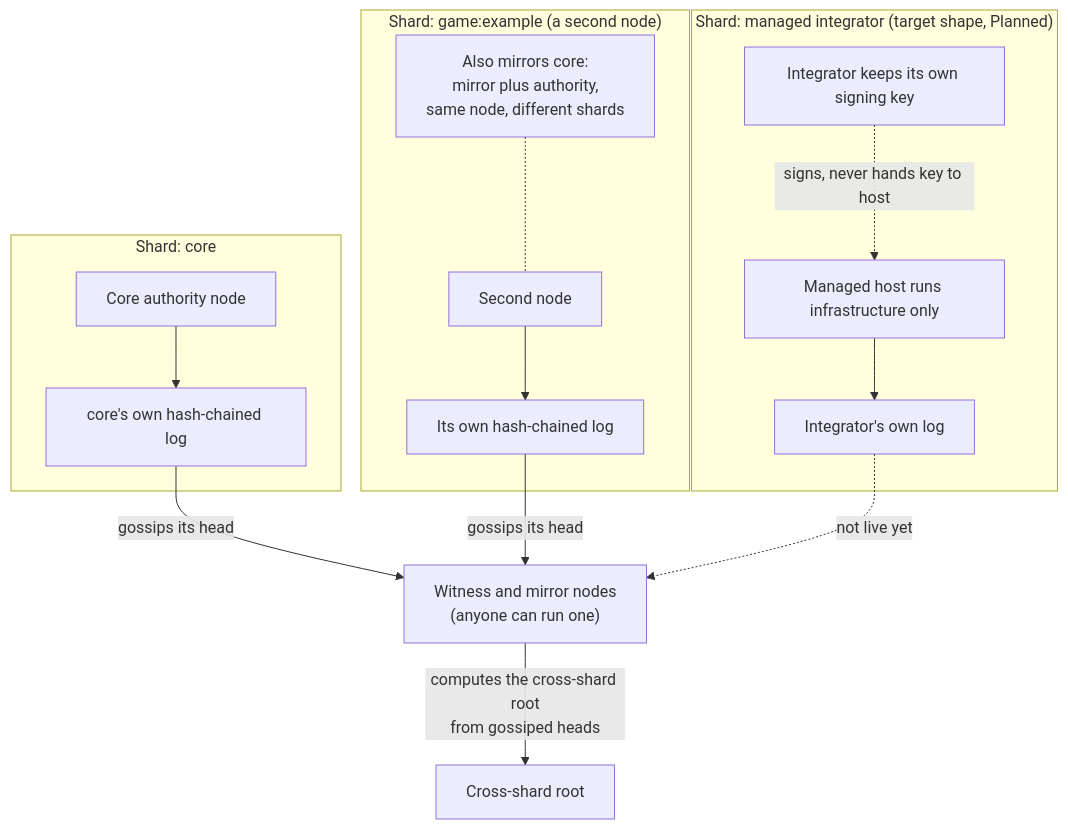
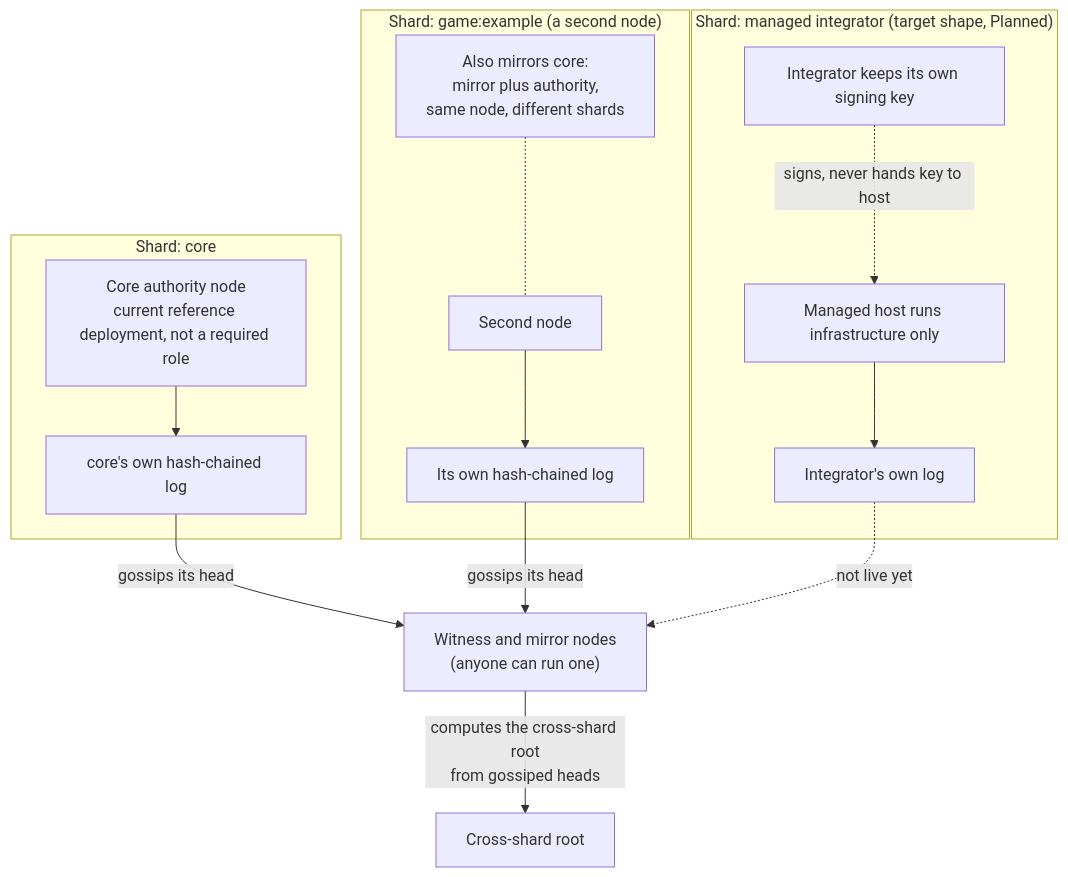
Before and after one commit to avalon-initiative/avalon-docs: the first of 2 diagrams in architecture/distributed-topology.md, drawn with Mermaid. The commit also changed other lines of this file and 2 other files, not shown here.

Commit message:
[#37] - Mark the no-home goal as not yet met in the witness, sharding and topology pages (#62)

````diff
--- a/architecture/distributed-topology.md
+++ b/architecture/distributed-topology.md
@@ -12,31 +12,31 @@
 ```mermaid
 graph TD
     subgraph "Shard: core"
-        A1[Core authority node]
+        A1[Core authority node<br/>current reference deployment, not a required role]
         A2[core's own hash-chained log]
         A1 --> A2
     end
 
     subgraph "Shard: game:example (a second node)"
         B1[Second node]
         B2[Its own hash-chained log]
         B1 --> B2
         BM[Also mirrors core:<br/>mirror plus authority,<br/>same node, different shards]
         BM -.- B1
     end
 
     subgraph "Shard: managed integrator (target shape, Planned)"
         C1[Managed host runs infrastructure only]
         C2[Integrator's own log]
         C1 --> C2
         CK[Integrator keeps its own signing key]
         CK -. signs, never hands key to host .-> C1
     end
 
     A2 -- gossips its head --> W
     B2 -- gossips its head --> W
     C2 -. "not live yet" .-> W
 
     W["Witness and mirror nodes<br/>(anyone can run one)"]
     W -- "computes the cross-shard root<br/>from gossiped heads" --> R1[Cross-shard root]
 ```
````
